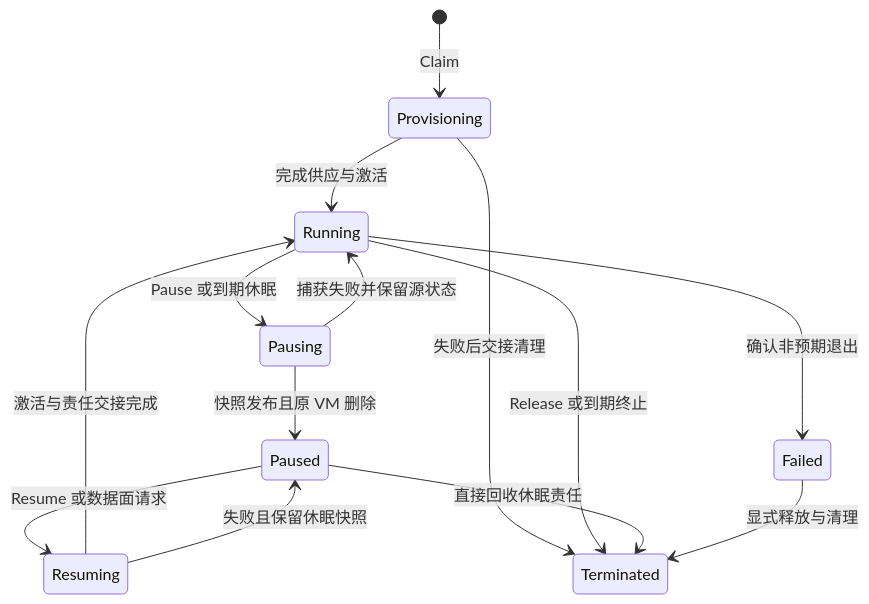
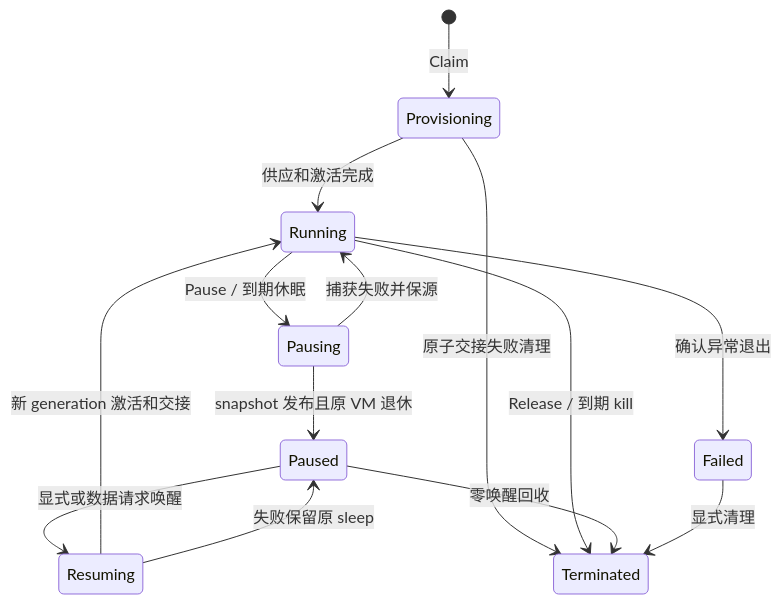
Before and after one commit to woxQAQ/sandbox-101: the diagram in docs/sandbox-architecture.md, drawn with Mermaid. The commit also changed other lines of this file and 468 other files, not shown here.

````diff
--- a/docs/sandbox-architecture.md
+++ b/docs/sandbox-architecture.md
@@ -85,16 +41,16 @@
 ```mermaid
 stateDiagram-v2
     [*] --> Provisioning: Claim
-    Provisioning --> Running: 完成供应与激活
-    Provisioning --> Terminated: 失败后交接清理
-    Running --> Pausing: Pause 或到期休眠
-    Pausing --> Paused: 快照发布且原 VM 删除
-    Pausing --> Running: 捕获失败并保留源状态
-    Paused --> Resuming: Resume 或数据面请求
-    Resuming --> Running: 激活与责任交接完成
-    Resuming --> Paused: 失败且保留休眠快照
-    Running --> Failed: 确认非预期退出
-    Running --> Terminated: Release 或到期终止
-    Paused --> Terminated: 直接回收休眠责任
-    Failed --> Terminated: 显式释放与清理
+    Provisioning --> Running: 供应和激活完成
+    Provisioning --> Terminated: 原子交接失败清理
+    Running --> Pausing: Pause / 到期休眠
+    Pausing --> Paused: snapshot 发布且原 VM 退休
+    Pausing --> Running: 捕获失败并保源
+    Paused --> Resuming: 显式或数据请求唤醒
+    Resuming --> Running: 新 generation 激活和交接
+    Resuming --> Paused: 失败保留原 sleep
+    Running --> Failed: 确认异常退出
+    Running --> Terminated: Release / 到期 kill
+    Paused --> Terminated: 零唤醒回收
+    Failed --> Terminated: 显式清理
 ```
````
